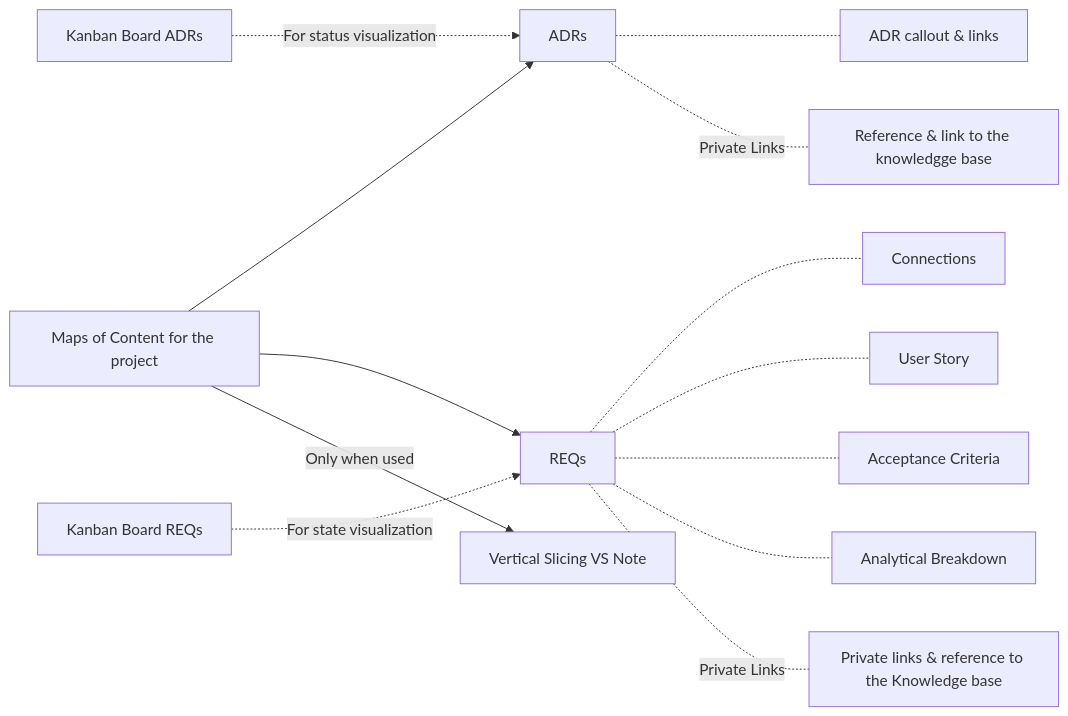
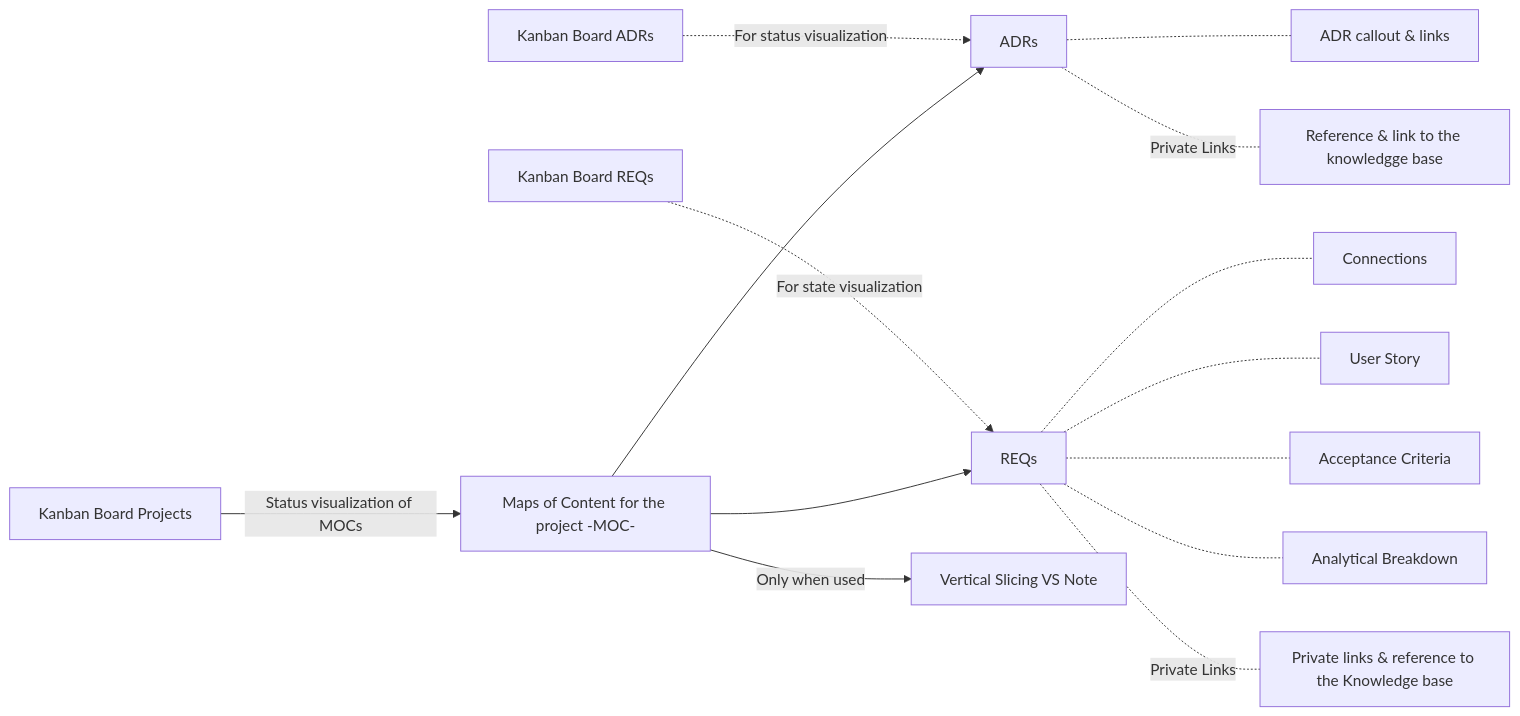
Before and after one commit to samuelnaranjo50/Traceability-System-Obisidian: the diagram in docs/MOC_Traceability_System.md, drawn with Mermaid. The commit also changed 12 other files, not shown here.

Commit message:
wip: new diagrams

````diff
--- a/docs/MOC_Traceability_System.md
+++ b/docs/MOC_Traceability_System.md
@@ -1,23 +1,24 @@
 ```mermaid
 graph LR
+KanPR[Kanban Board Projects] -->  |Status visualization of MOCs| MOC[Maps of Content for the project -MOC-]
 
-MOC[Maps of Content for the project] --> ADRs[ADRs]
+MOC --> ADRs[ADRs]
 MOC --> REQs[REQs]
 MOC -->|Only when used| VS[Vertical Slicing VS Note]
 
 KanBR[Kanban Board REQs] -.-> |For state visualization| REQs[REQs]
 KanBA[Kanban Board ADRs]-.-> |For status visualization| ADRs
 
 %% REQ Artifacts
 
 REQs[REQs] -.- AutoConnections[Connections]
 REQs[REQs] -.- UserStory[User Story]
 REQs[REQs] -.- AcceptanceCriteria[Acceptance Criteria]
 REQs[REQs] -.- AnalyticalBreakdown[Analytical Breakdown]
 REQs[REQs] -.- |Private Links| Links[Private links & reference to the Knowledge base]
 
 %% ADR Artifacts
 ADRs -.- ADRArtifact[ADR callout & links]
 ADRs -.- |Private Links| Reference[ Reference & link to the knowledgge base]
 
 ```
````
